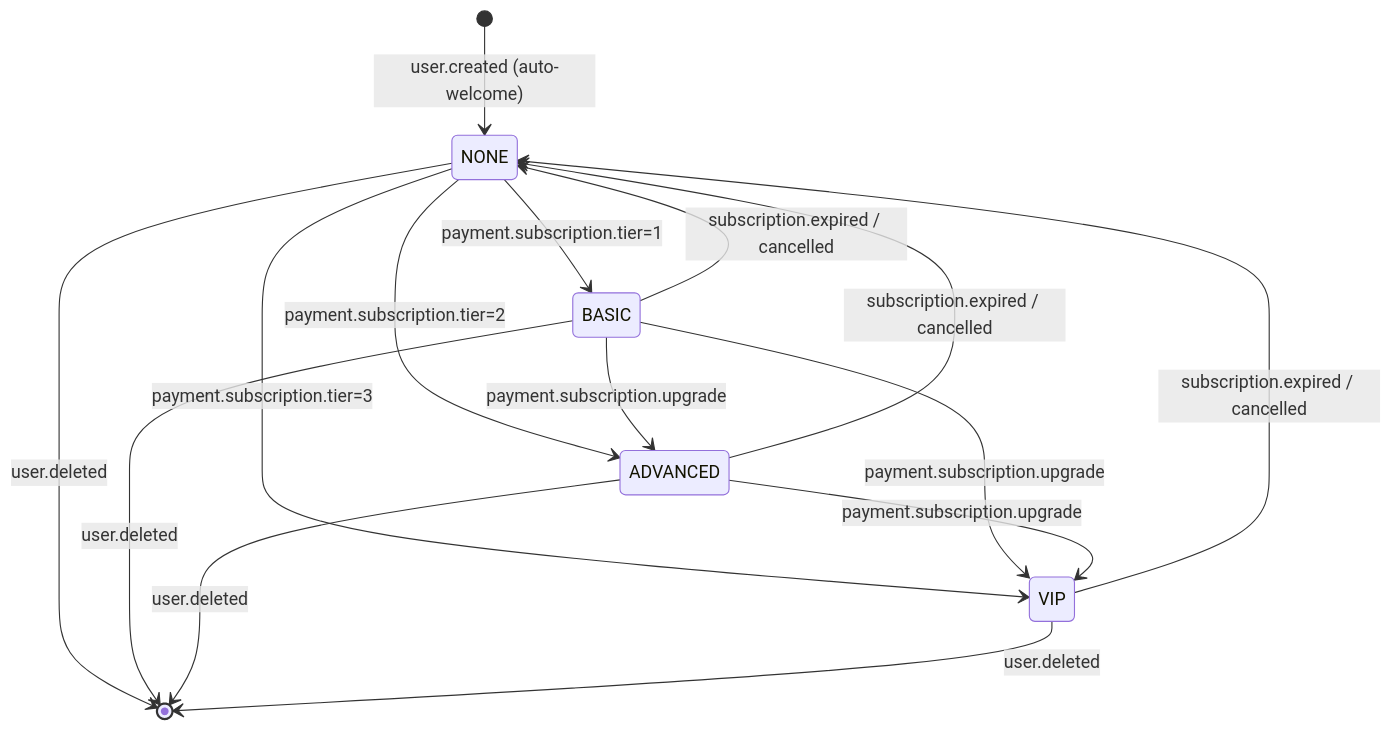
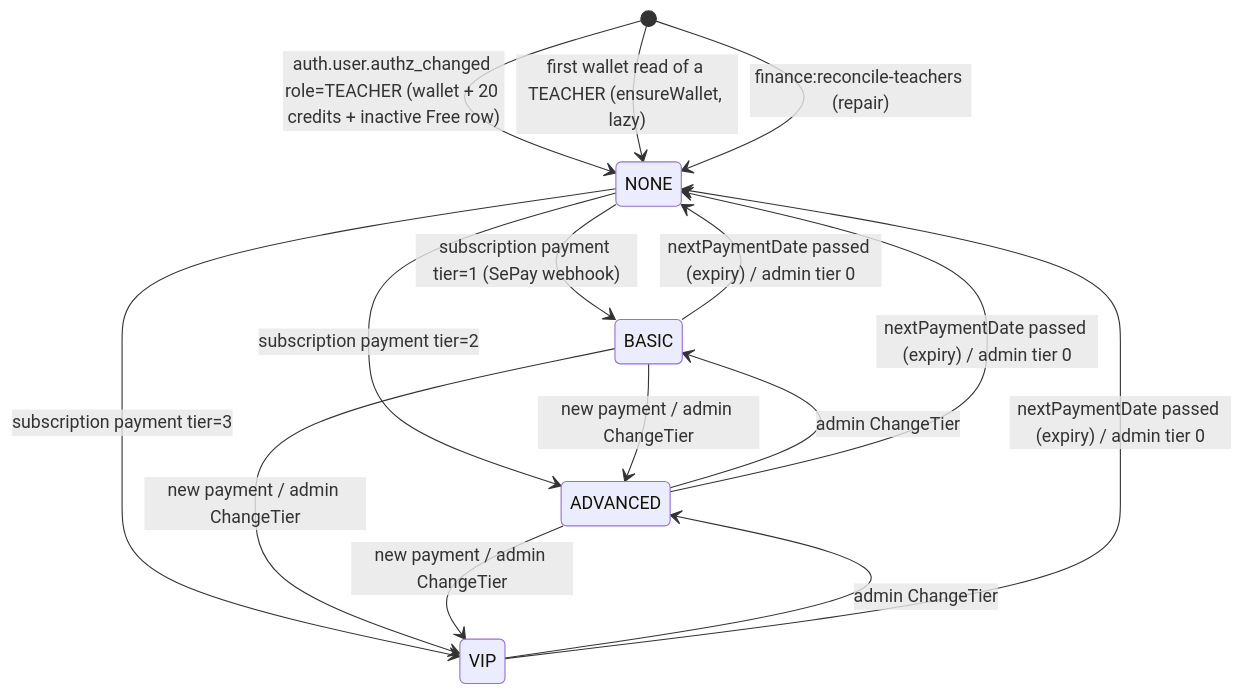
One commit to tgiap04/examio changed the diagram in docs/flows/FLOW001_user-subscription.md. Above: the diagram before and after it, drawn with Mermaid. The commit also changed other lines of this file and 26 other files, not shown here.

First line of the commit message:
docs: sync architecture, system and generated docs with the microservice build

````diff
--- a/docs/flows/FLOW001_user-subscription.md
+++ b/docs/flows/FLOW001_user-subscription.md
@@ -10,17 +12,17 @@
 ```mermaid
 stateDiagram-v2
-    [*] --> NONE : user.created (auto-welcome)
-    NONE --> BASIC : payment.subscription.tier=1
-    NONE --> ADVANCED : payment.subscription.tier=2
-    NONE --> VIP : payment.subscription.tier=3
-    BASIC --> ADVANCED : payment.subscription.upgrade
-    BASIC --> VIP : payment.subscription.upgrade
-    ADVANCED --> VIP : payment.subscription.upgrade
-    BASIC --> NONE : subscription.expired / cancelled
-    ADVANCED --> NONE : subscription.expired / cancelled
-    VIP --> NONE : subscription.expired / cancelled
-    NONE --> [*] : user.deleted
-    BASIC --> [*] : user.deleted
-    ADVANCED --> [*] : user.deleted
-    VIP --> [*] : user.deleted
+    [*] --> NONE : auth.user.authz_changed role=TEACHER (wallet + 20 credits + inactive Free row)
+    [*] --> NONE : first wallet read of a TEACHER (ensureWallet, lazy)
+    [*] --> NONE : finance:reconcile-teachers (repair)
+    NONE --> BASIC : subscription payment tier=1 (SePay webhook)
+    NONE --> ADVANCED : subscription payment tier=2
+    NONE --> VIP : subscription payment tier=3
+    BASIC --> ADVANCED : new payment / admin ChangeTier
+    BASIC --> VIP : new payment / admin ChangeTier
+    ADVANCED --> VIP : new payment / admin ChangeTier
+    ADVANCED --> BASIC : admin ChangeTier
+    VIP --> ADVANCED : admin ChangeTier
+    BASIC --> NONE : nextPaymentDate passed (expiry) / admin tier 0
+    ADVANCED --> NONE : nextPaymentDate passed (expiry) / admin tier 0
+    VIP --> NONE : nextPaymentDate passed (expiry) / admin tier 0
 ```
````
